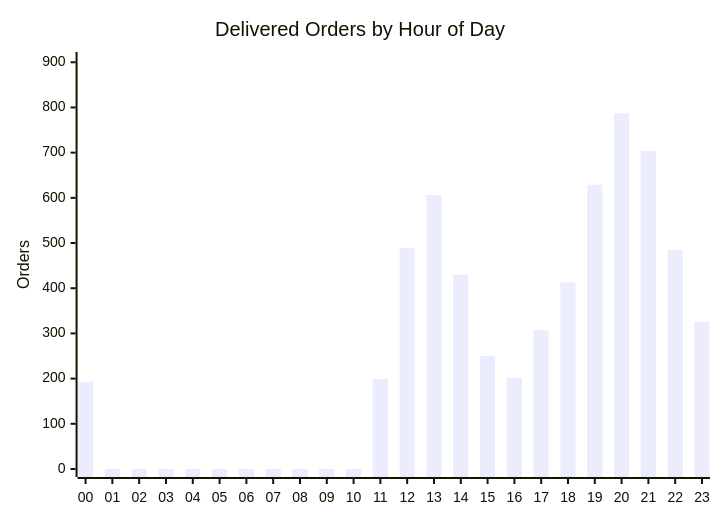
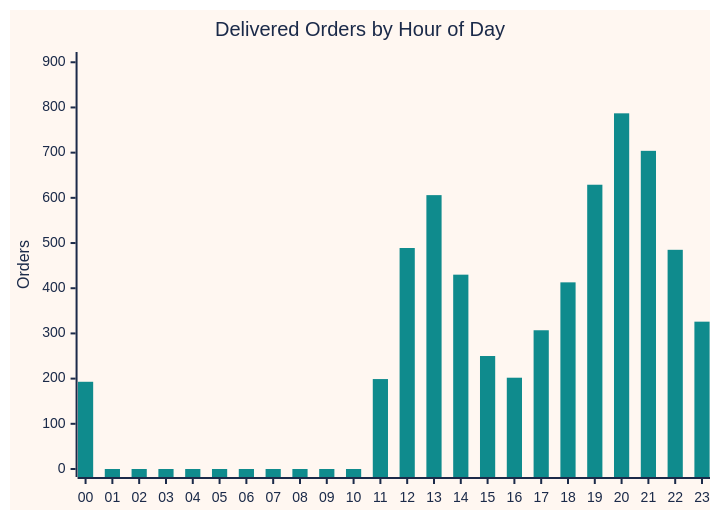
Before and after one commit to rajeshwar2809-dotcom/order_items2026: the third of 13 diagrams in README.md, drawn with Mermaid. The commit also changed other lines of this file, not shown here.

First line of the commit message:
Enhance README with revenue metrics and charts

````diff
--- a/README.md
+++ b/README.md
@@ -47,7 +52,8 @@
 ```mermaid
+%%{init: {"theme": "base", "themeVariables": {"xyChart": {"backgroundColor": "#FFF7F1", "titleColor": "#1B2A49", "xAxisLabelColor": "#1B2A49", "xAxisTitleColor": "#1B2A49", "xAxisTickColor": "#1B2A49", "xAxisLineColor": "#1B2A49", "yAxisLabelColor": "#1B2A49", "yAxisTitleColor": "#1B2A49", "yAxisTickColor": "#1B2A49", "yAxisLineColor": "#1B2A49", "plotColorPalette": "#0F8B8D"}}}}%%
 xychart-beta
     title "Delivered Orders by Hour of Day"
     x-axis ["00", "01", "02", "03", "04", "05", "06", "07", "08", "09", "10", "11", "12", "13", "14", "15", "16", "17", "18", "19", "20", "21", "22", "23"]
     y-axis "Orders" 0 --> 905
     bar [193.0, 0.0, 0.0, 0.0, 0.0, 0.0, 0.0, 0.0, 0.0, 0.0, 0.0, 199.0, 489.0, 606.0, 430.0, 250.0, 202.0, 307.0, 413.0, 629.0, 787.0, 704.0, 485.0, 326.0]
 ```
````
